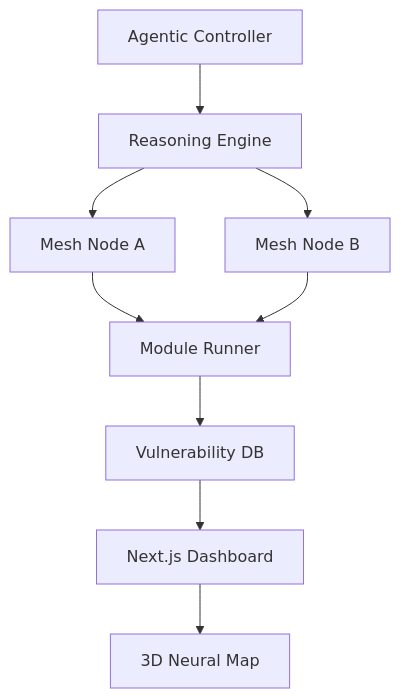
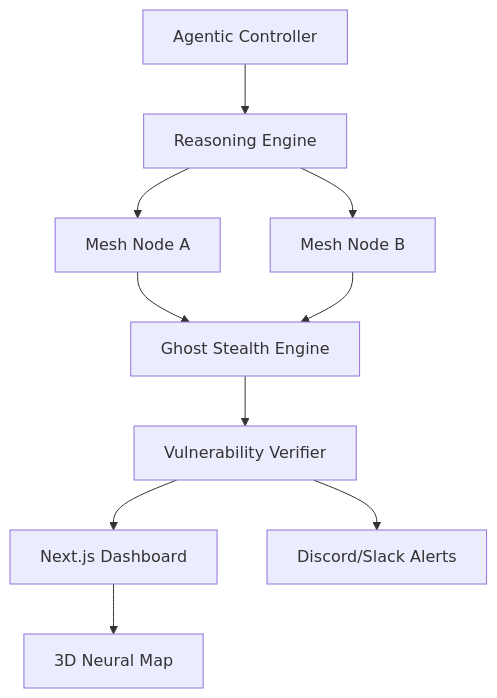
The diagram in README.md (VIPHACKER100/DarkWin-NGASR), drawn with Mermaid before and after one commit. The commit also changed other lines of this file and 2 other files, not shown here.

````diff
--- a/README.md
+++ b/README.md
@@ -82,11 +77,12 @@
 ```mermaid
 graph TD
     A[Agentic Controller] --> B[Reasoning Engine]
     B --> C[Mesh Node A]
     B --> D[Mesh Node B]
-    C --> E[Module Runner]
-    D --> E[Module Runner]
-    E --> F[Vulnerability DB]
+    C --> E[Ghost Stealth Engine]
+    D --> E[Ghost Stealth Engine]
+    E --> F[Vulnerability Verifier]
     F --> G[Next.js Dashboard]
     G --> H[3D Neural Map]
+    F --> I[Discord/Slack Alerts]
 ```
````
